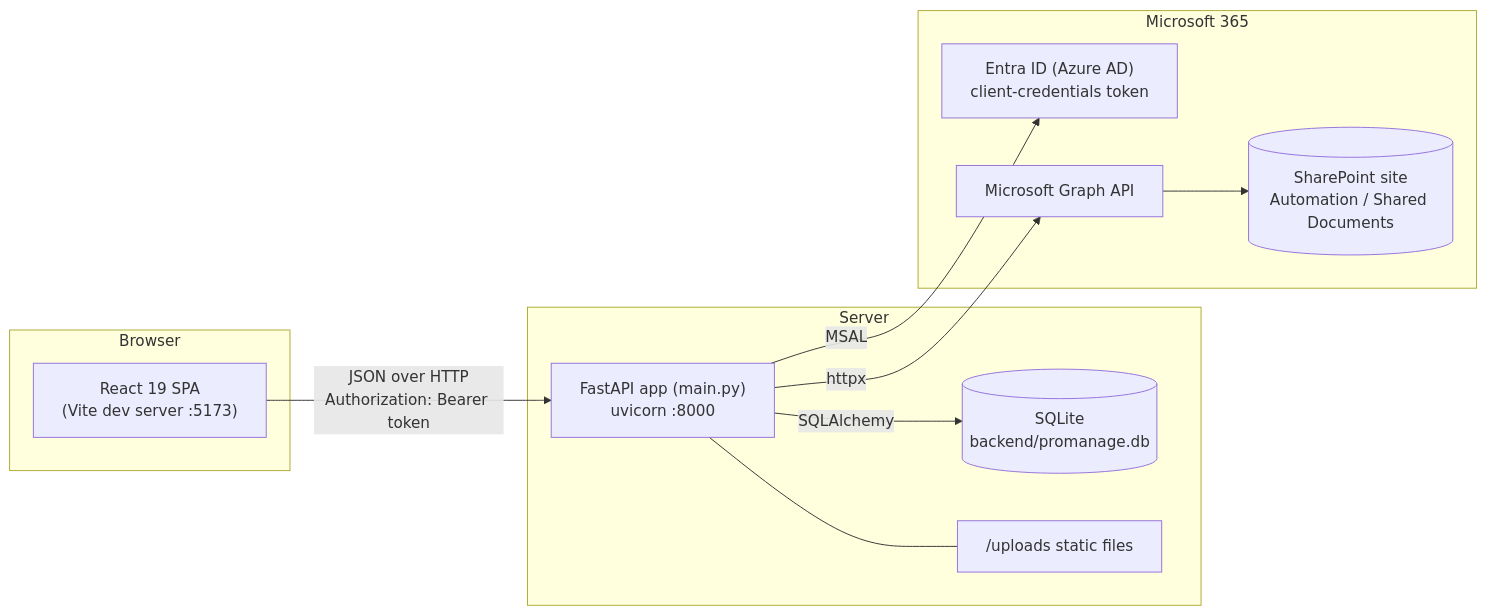
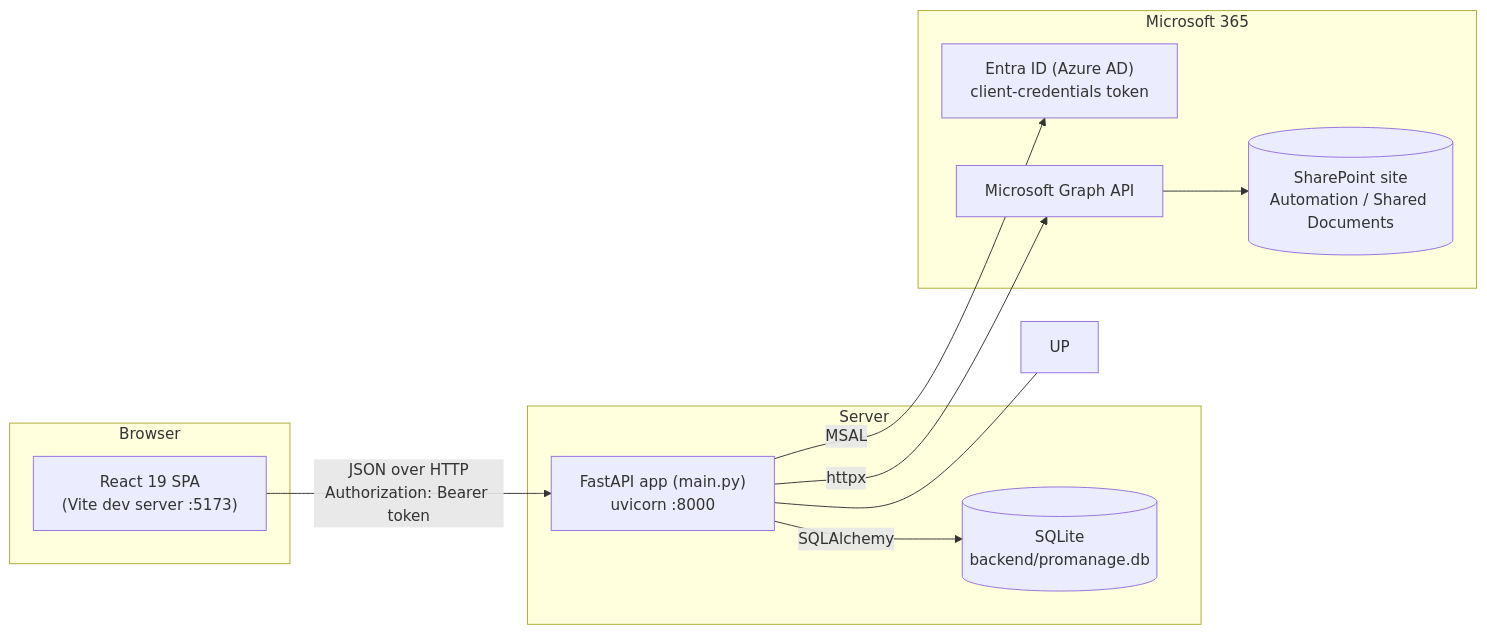
Before and after one commit to Mirageaecindia/MAEC_Proj-management_ONE_CORE_office-acc: the second of 4 diagrams in docs/PROJECT_GUIDE.md, drawn with Mermaid. The commit also changed other lines of this file and 20 other files, not shown here.

````diff
--- a/docs/PROJECT_GUIDE.md
+++ b/docs/PROJECT_GUIDE.md
@@ -119,22 +119,21 @@
 ```mermaid
 flowchart LR
     subgraph Browser
         SPA["React 19 SPA<br/>(Vite dev server :5173)"]
     end
     subgraph Server
         API["FastAPI app (main.py)<br/>uvicorn :8000"]
         DB[("SQLite<br/>backend/promanage.db")]
-        UP["/uploads static files"]
     end
     subgraph Microsoft365["Microsoft 365"]
         AAD["Entra ID (Azure AD)<br/>client-credentials token"]
         GRAPH["Microsoft Graph API"]
         SP[("SharePoint site<br/>Automation / Shared Documents")]
     end
 
     SPA -- "JSON over HTTP<br/>Authorization: Bearer token" --> API
     API -- SQLAlchemy --> DB
     API --- UP
     API -- MSAL --> AAD
     API -- httpx --> GRAPH --> SP
 ```
````
